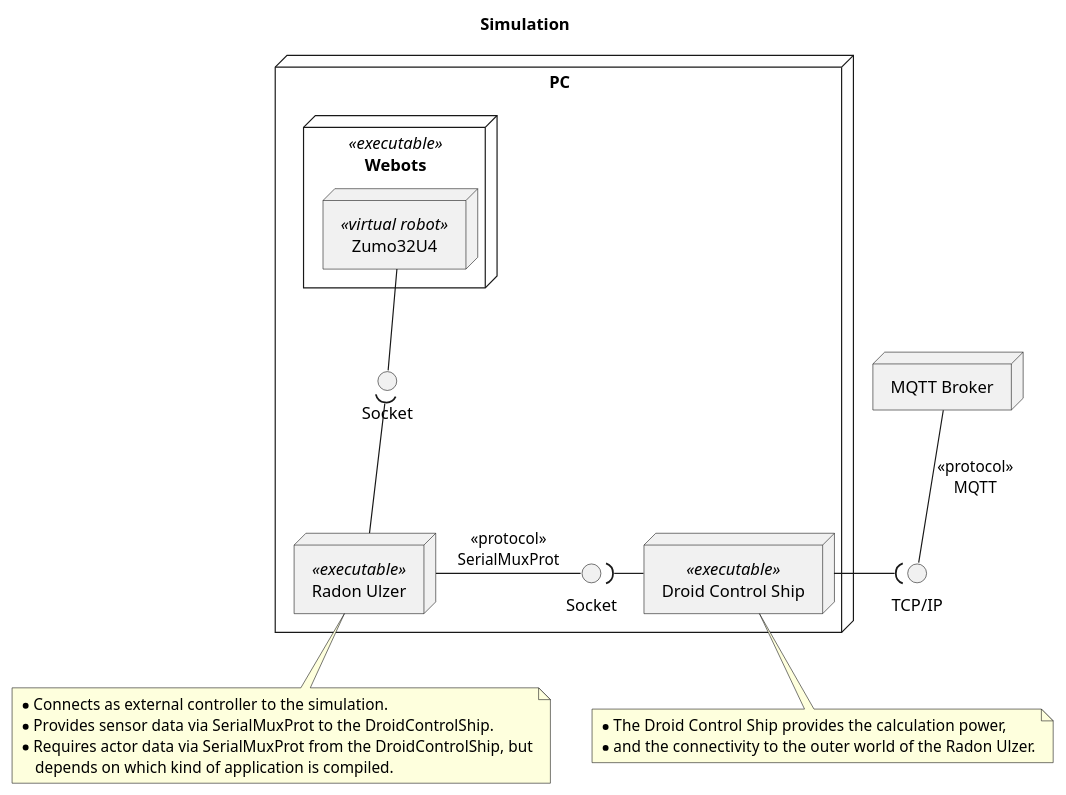
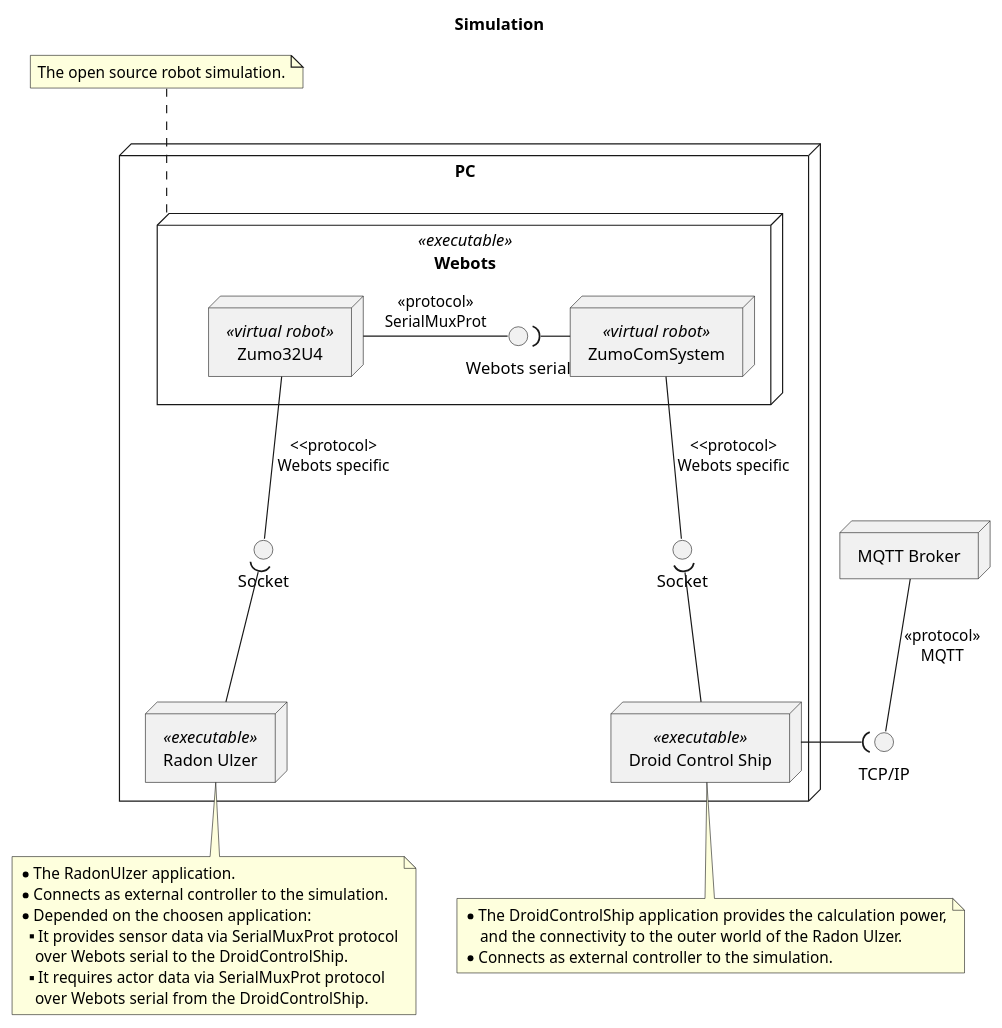
The diagram in doc/architecture/uml/PhysicalView/SimulationDeployment.plantuml (BlueAndi/DroidControlShip), drawn with PlantUML before and after one commit.

Commit message:
Simulation deployment updated for Webots serial communication between Zumo and ZumoComSystem.

```diff
--- a/doc/architecture/uml/PhysicalView/SimulationDeployment.plantuml
+++ b/doc/architecture/uml/PhysicalView/SimulationDeployment.plantuml
@@ -1,45 +1,57 @@
 @startuml
 
 title Simulation
 
 node "PC" as pc {
 
     node "Webots" <<executable>> as webots {
-
-        node "Zumo32U4" <<virtual robot>> as robot
+        node "Zumo32U4" <<virtual robot>> as zumoRobot
+        node "ZumoComSystem" <<virtual robot>> as zumoComSystemRobot
+        interface "Webots serial" as iZumoComSystem
     }
 
     node "Radon Ulzer" <<executable>> as ru
     node "Droid Control Ship" <<executable>> as dcs
 
-    interface "Socket" as iRobotSocket
-    interface "Socket" as iRuSocket
+    interface "Socket" as iZumoRobotSocket
+    interface "Socket" as iZumoComSystemRobotSocket
 }
 
 node "MQTT Broker" as broker {
 }
 
-robot -- iRobotSocket
-iRobotSocket )-- ru
+zumoRobot -- iZumoRobotSocket: <<protocol>\nWebots specific
+iZumoRobotSocket )-- ru
 
-ru - iRuSocket: <<protocol>>\nSerialMuxProt
-iRuSocket )- dcs
+zumoComSystemRobot -- iZumoComSystemRobotSocket: <<protocol>\nWebots specific
+iZumoComSystemRobotSocket )-- dcs
+
+zumoRobot - iZumoComSystem: <<protocol>>\nSerialMuxProt
+iZumoComSystem )- zumoComSystemRobot
+
+note top of webots
+    The open source robot simulation.
+end note
 
 note bottom of ru
+    * The RadonUlzer application.
     * Connects as external controller to the simulation.
-    * Provides sensor data via SerialMuxProt to the DroidControlShip.
-    * Requires actor data via SerialMuxProt from the DroidControlShip, but
-        depends on which kind of application is compiled.
+    * Depended on the choosen application:
+    ** It provides sensor data via SerialMuxProt protocol
+        over Webots serial to the DroidControlShip.
+    ** It requires actor data via SerialMuxProt protocol
+        over Webots serial from the DroidControlShip.
 end note
 
 note bottom of dcs
-    * The Droid Control Ship provides the calculation power,
-    * and the connectivity to the outer world of the Radon Ulzer.
+    * The DroidControlShip application provides the calculation power,
+        and the connectivity to the outer world of the Radon Ulzer.
+    * Connects as external controller to the simulation.
 end note
 
 interface "TCP/IP" as iNetwork
 
 broker -- iNetwork: <<protocol>>\nMQTT
 iNetwork )- dcs
 
 @enduml
```
